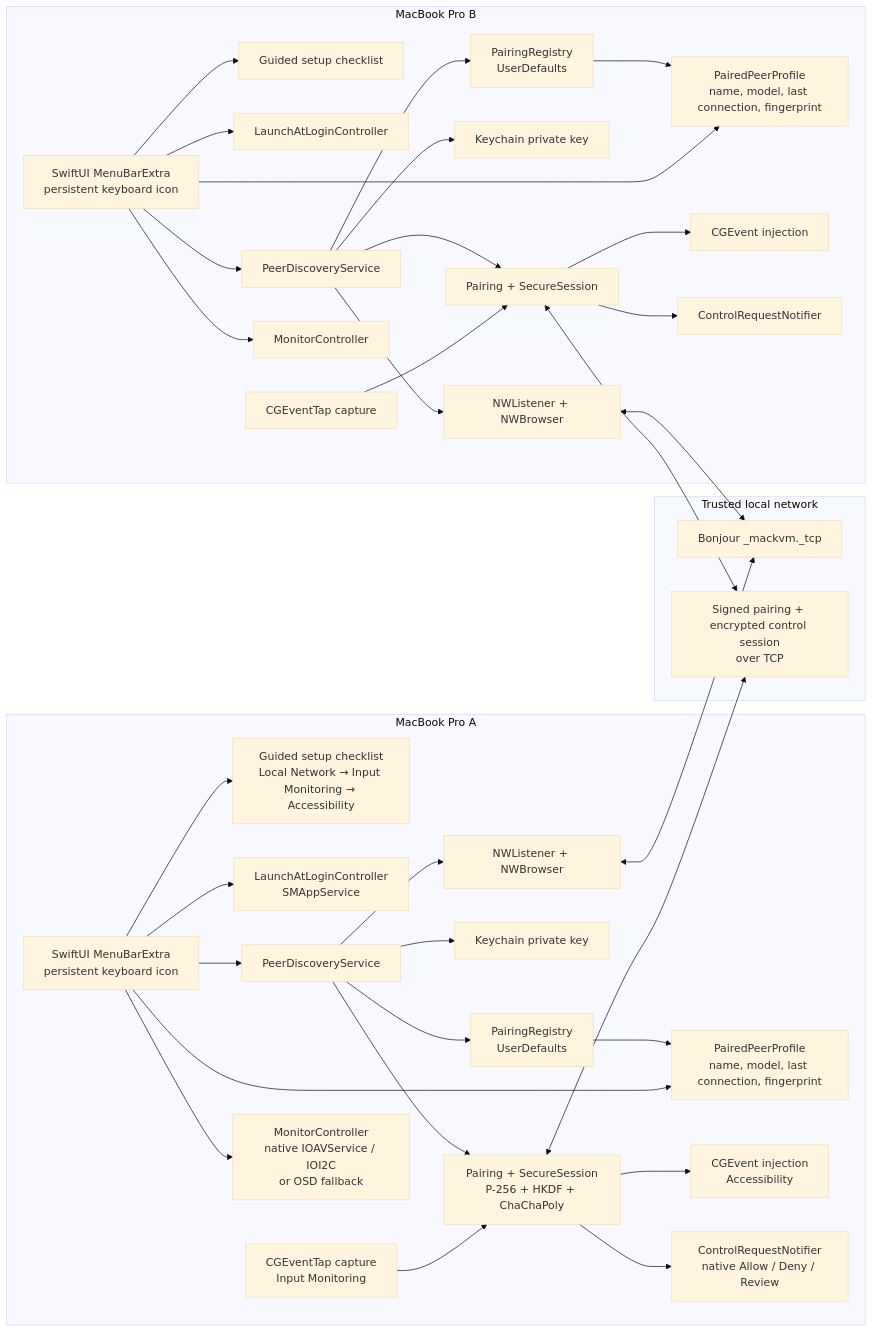
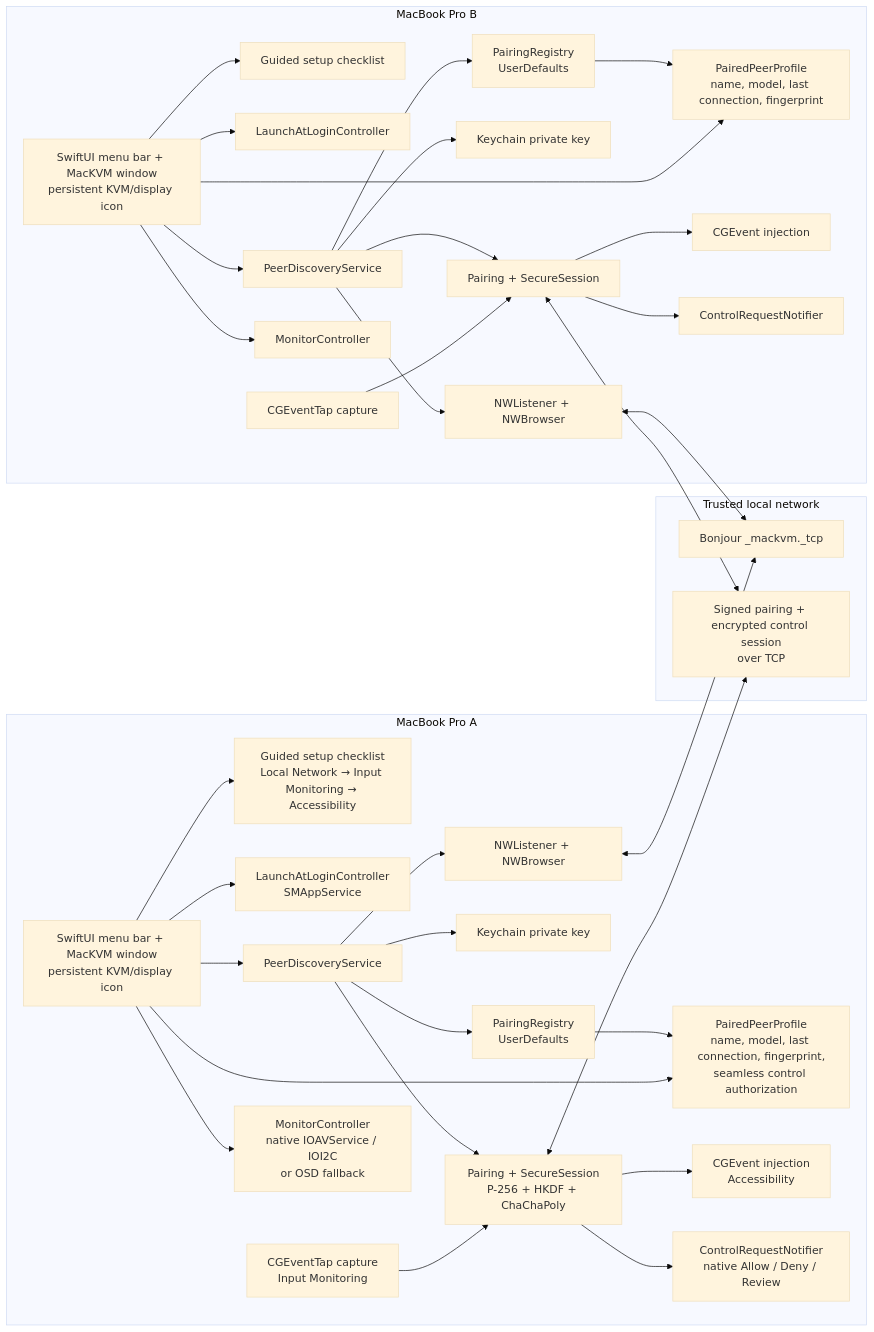
The first of 5 diagrams in ARCHITECTURE.md (rudinyu/MacKVM), drawn with Mermaid (base theme) before and after one commit. The commit also changed other lines of this file and 38 other files, not shown here.

````diff
--- a/ARCHITECTURE.md
+++ b/ARCHITECTURE.md
@@ -12,70 +12,70 @@
 ```mermaid
 flowchart LR
     subgraph MacA["MacBook Pro A"]
-        UIA["SwiftUI MenuBarExtra<br/>persistent keyboard icon"]
+        UIA["SwiftUI menu bar + MacKVM window<br/>persistent KVM/display icon"]
         PermA["Guided setup checklist<br/>Local Network → Input Monitoring → Accessibility"]
         LoginA["LaunchAtLoginController<br/>SMAppService"]
         DA["PeerDiscoveryService"]
         WA["NWListener + NWBrowser"]
         KA["Keychain private key"]
         RA["PairingRegistry<br/>UserDefaults"]
-        ProfileA["PairedPeerProfile<br/>name, model, last connection, fingerprint"]
+        ProfileA["PairedPeerProfile<br/>name, model, last connection, fingerprint,<br/>seamless control authorization"]
         PA["Pairing + SecureSession<br/>P-256 + HKDF + ChaChaPoly"]
         IA["CGEventTap capture<br/>Input Monitoring"]
         OA["CGEvent injection<br/>Accessibility"]
         NA["ControlRequestNotifier<br/>native Allow / Deny / Review"]
         MA["MonitorController<br/>native IOAVService / IOI2C<br/>or OSD fallback"]
         UIA --> DA
         UIA --> PermA
         UIA --> LoginA
         DA --> WA
         DA --> PA
         DA --> KA
         DA --> RA
         RA --> ProfileA
         UIA --> ProfileA
         IA --> PA
         PA --> OA
         PA --> NA
         UIA --> MA
     end
 
     subgraph LAN["Trusted local network"]
         Bonjour["Bonjour _mackvm._tcp"]
         TCP["Signed pairing + encrypted control session<br/>over TCP"]
     end
 
     subgraph MacB["MacBook Pro B"]
-        UIB["SwiftUI MenuBarExtra<br/>persistent keyboard icon"]
+        UIB["SwiftUI menu bar + MacKVM window<br/>persistent KVM/display icon"]
         PermB["Guided setup checklist"]
         LoginB["LaunchAtLoginController"]
         DB["PeerDiscoveryService"]
         WB["NWListener + NWBrowser"]
         KB["Keychain private key"]
         RB["PairingRegistry<br/>UserDefaults"]
         ProfileB["PairedPeerProfile<br/>name, model, last connection, fingerprint"]
         PB["Pairing + SecureSession"]
         IB["CGEventTap capture"]
         OB["CGEvent injection"]
         NB["ControlRequestNotifier"]
         MB["MonitorController"]
         UIB --> DB
         UIB --> PermB
         UIB --> LoginB
         DB --> WB
         DB --> PB
         DB --> KB
         DB --> RB
         RB --> ProfileB
         UIB --> ProfileB
         IB --> PB
         PB --> OB
         PB --> NB
         UIB --> MB
     end
 
     WA <--> Bonjour
     WB <--> Bonjour
     PA <--> TCP
     PB <--> TCP
 ```
````
